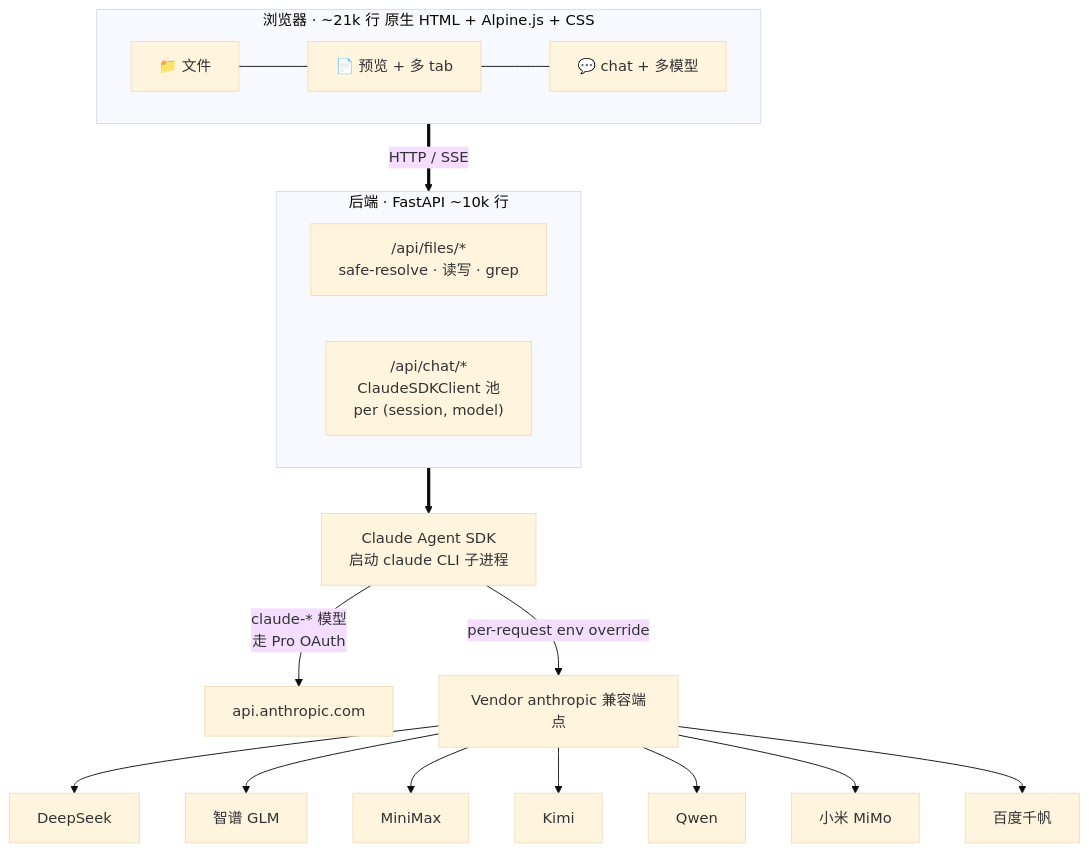
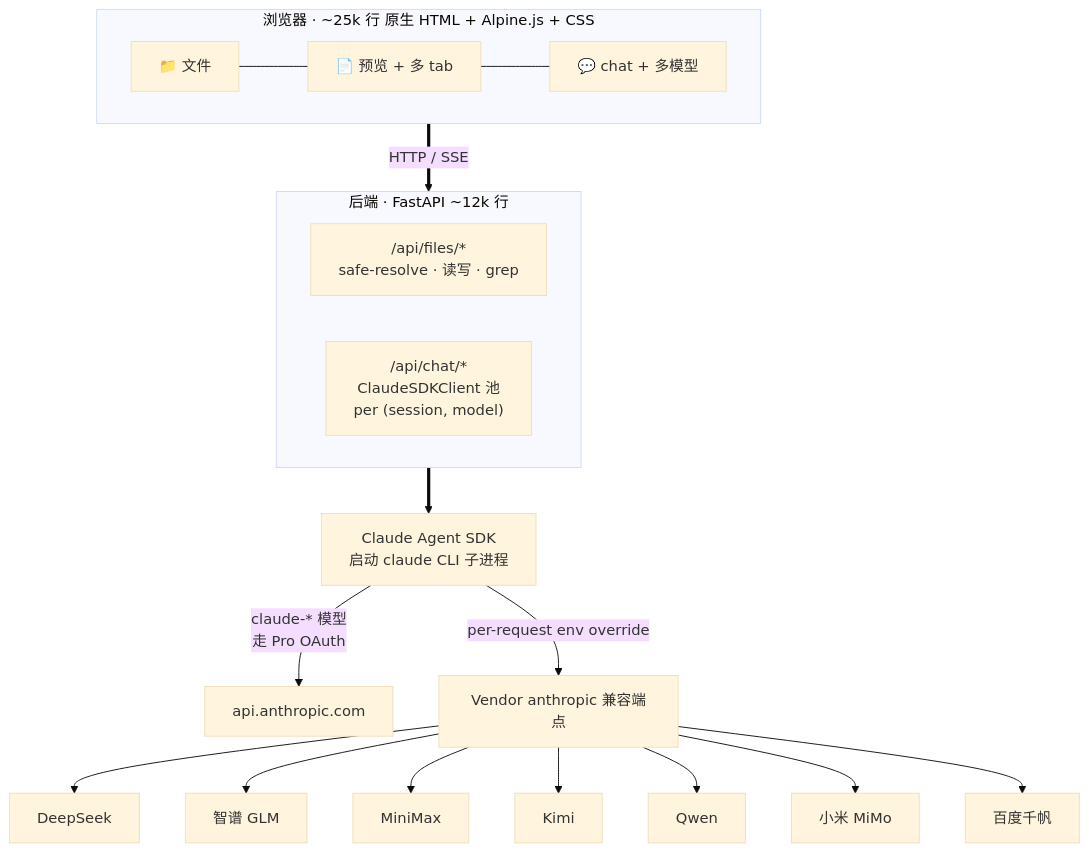
The diagram in docs/architecture_zh.md (hesorchen/muselab), drawn with Mermaid (base theme) before and after one commit. The commit also changed 83 other files, not shown here.

````diff
--- a/docs/architecture_zh.md
+++ b/docs/architecture_zh.md
@@ -5,21 +5,21 @@
 ```mermaid
 flowchart TB
-  subgraph Browser["浏览器 · ~21k 行 原生 HTML + Alpine.js + CSS"]
+  subgraph Browser["浏览器 · ~25k 行 原生 HTML + Alpine.js + CSS"]
     F[📁 文件] --- P[📄 预览 + 多 tab] --- C[💬 chat + 多模型]
   end
   Browser ==>|HTTP / SSE| BE
-  subgraph BE["后端 · FastAPI ~10k 行"]
+  subgraph BE["后端 · FastAPI ~12k 行"]
     A["/api/files/*<br/>safe-resolve · 读写 · grep"]
     B["/api/chat/*<br/>ClaudeSDKClient 池<br/>per (session, model)"]
   end
   BE ==> SDK[Claude Agent SDK<br/>启动 claude CLI 子进程]
   SDK -->|claude-* 模型<br/>走 Pro OAuth| AN[api.anthropic.com]
   SDK -->|per-request env override| V[Vendor anthropic 兼容端点]
   V --> DS[DeepSeek]
   V --> GL[智谱 GLM]
   V --> MM[MiniMax]
   V --> KM[Kimi]
   V --> QW[Qwen]
   V --> XM[小米 MiMo]
   V --> QF[百度千帆]
 ```
````
